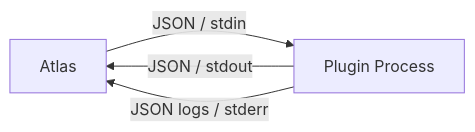
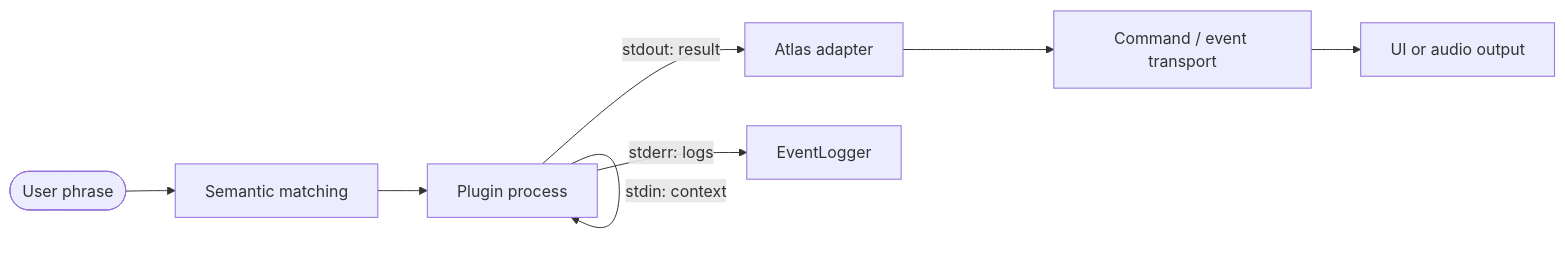
One commit to Minkx1/Atlas changed the diagram in docs/plugins.md. Above: the diagram before and after it, drawn with Mermaid. The commit also changed other lines of this file and 6 other files, not shown here.

````diff
--- a/docs/plugins.md
+++ b/docs/plugins.md
@@ -116,6 +7,10 @@
 ```mermaid
 flowchart LR
-    A["Atlas"] -->|JSON / stdin| P["Plugin Process"]
-    P -->|JSON / stdout| A
-    P -->|JSON logs / stderr| A
+    U([User phrase]) --> M[Semantic matching]
+    M --> P[Plugin process]
+    P -->|stdin: context| P
+    P -->|stdout: result| A[Atlas adapter]
+    P -->|stderr: logs| L[EventLogger]
+    A --> C[Command / event transport]
+    C --> O[UI or audio output]
 ```
````
